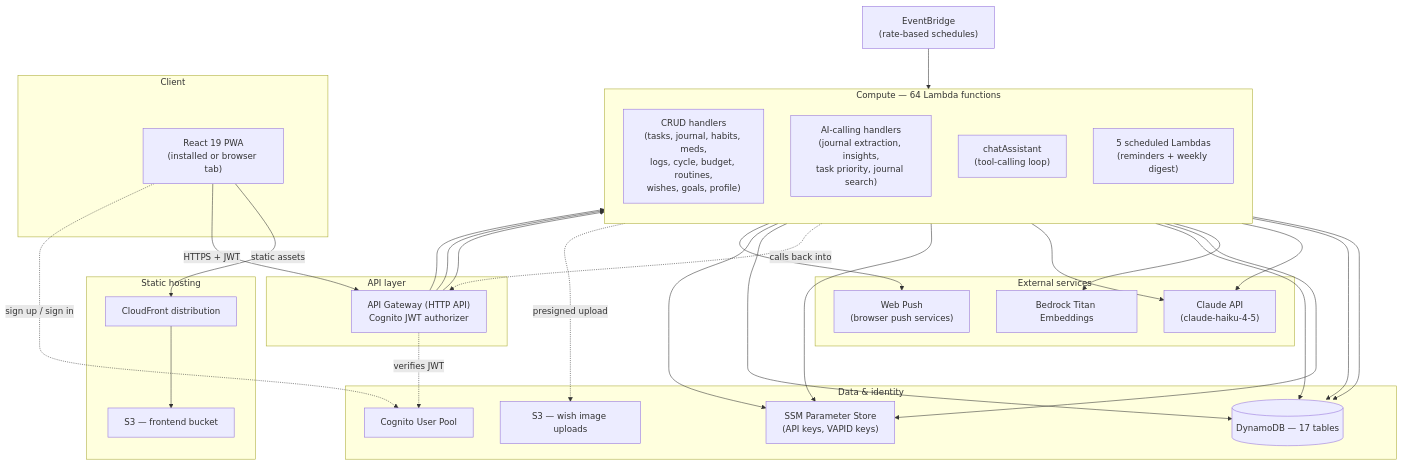
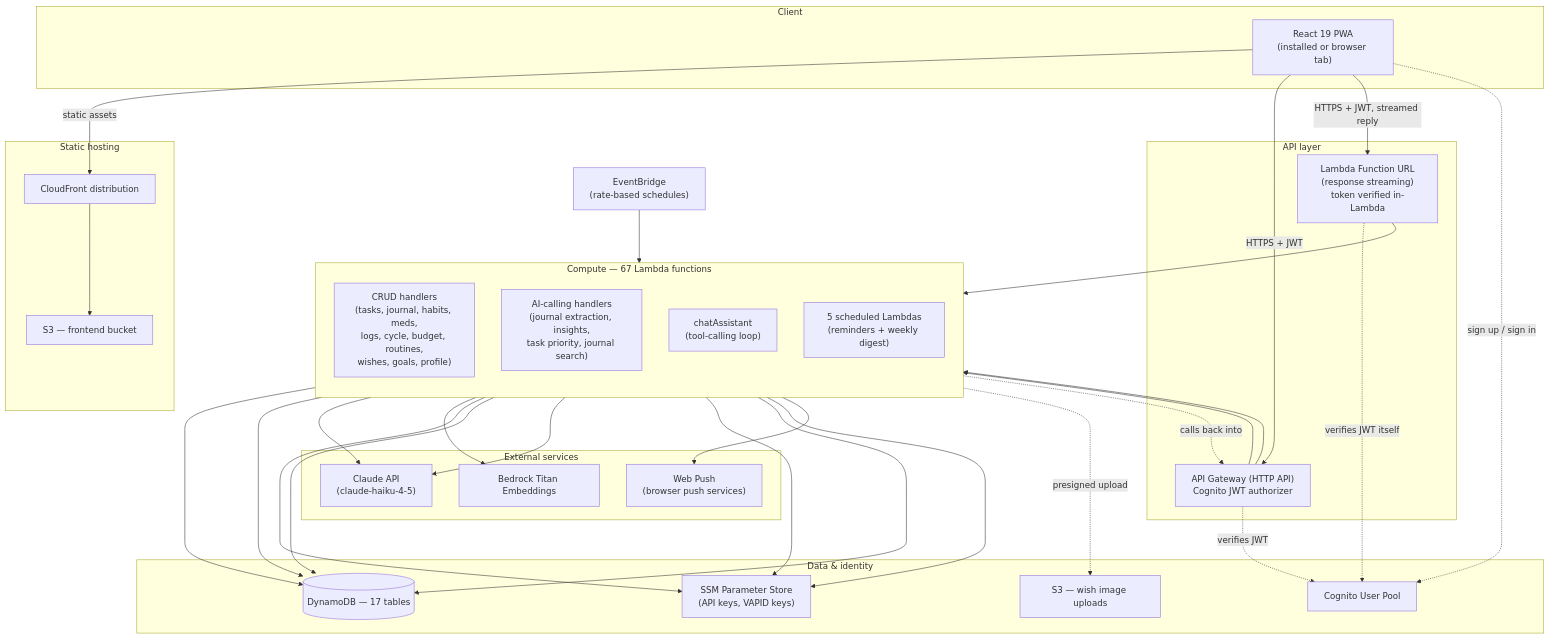
The diagram in docs/ARCHITECTURE.md (pragya0905/LifeOS), drawn with Mermaid before and after one commit. The commit also changed other lines of this file and 3 other files, not shown here.

````diff
--- a/docs/ARCHITECTURE.md
+++ b/docs/ARCHITECTURE.md
@@ -52,60 +52,63 @@
 ```mermaid
 flowchart TB
     subgraph Client
       PWA["React 19 PWA<br/>(installed or browser tab)"]
     end
 
     subgraph Edge["Static hosting"]
       CF["CloudFront distribution"]
       S3F["S3 — frontend bucket"]
     end
 
     subgraph API["API layer"]
       APIGW["API Gateway (HTTP API)<br/>Cognito JWT authorizer"]
+      FURL["Lambda Function URL<br/>(response streaming)<br/>token verified in-Lambda"]
     end
 
-    subgraph Compute["Compute — 64 Lambda functions"]
+    subgraph Compute["Compute — 67 Lambda functions"]
       direction TB
       CRUD["CRUD handlers<br/>(tasks, journal, habits, meds,<br/>logs, cycle, budget, routines,<br/>wishes, goals, profile)"]
       AICALLS["AI-calling handlers<br/>(journal extraction, insights,<br/>task priority, journal search)"]
       ASSIST["chatAssistant<br/>(tool-calling loop)"]
       SCHED["5 scheduled Lambdas<br/>(reminders + weekly digest)"]
     end
 
     subgraph Data["Data & identity"]
       DDB[("DynamoDB — 17 tables")]
       COGNITO["Cognito User Pool"]
       SSM["SSM Parameter Store<br/>(API keys, VAPID keys)"]
       S3W["S3 — wish image uploads"]
     end
 
     subgraph External["External services"]
       CLAUDE["Claude API<br/>(claude-haiku-4-5)"]
       BEDROCK["Bedrock Titan Embeddings"]
       PUSH["Web Push<br/>(browser push services)"]
     end
 
     EB["EventBridge<br/>(rate-based schedules)"]
 
     PWA -- static assets --> CF --> S3F
     PWA -- HTTPS + JWT --> APIGW
+    PWA -- HTTPS + JWT, streamed reply --> FURL
     APIGW --> CRUD
     APIGW --> AICALLS
-    APIGW --> ASSIST
+    FURL --> ASSIST
     CRUD --> DDB
     AICALLS --> DDB
     AICALLS --> CLAUDE
     AICALLS --> BEDROCK
     AICALLS --> SSM
     ASSIST --> DDB
     ASSIST --> CLAUDE
     ASSIST --> SSM
     ASSIST -. calls back into .-> APIGW
     PWA -. sign up / sign in .-> COGNITO
     APIGW -. verifies JWT .-> COGNITO
+    FURL -. verifies JWT itself .-> COGNITO
     EB --> SCHED
     SCHED --> DDB
     SCHED --> SSM
     SCHED --> PUSH
     CRUD -. presigned upload .-> S3W
 ```
````
